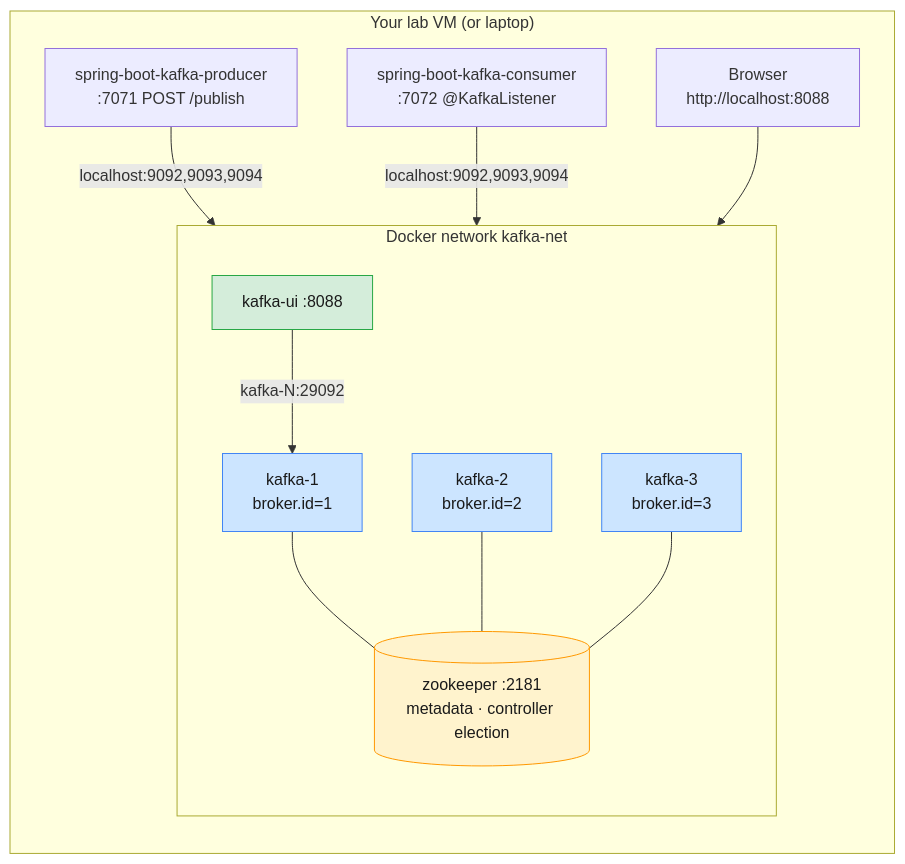
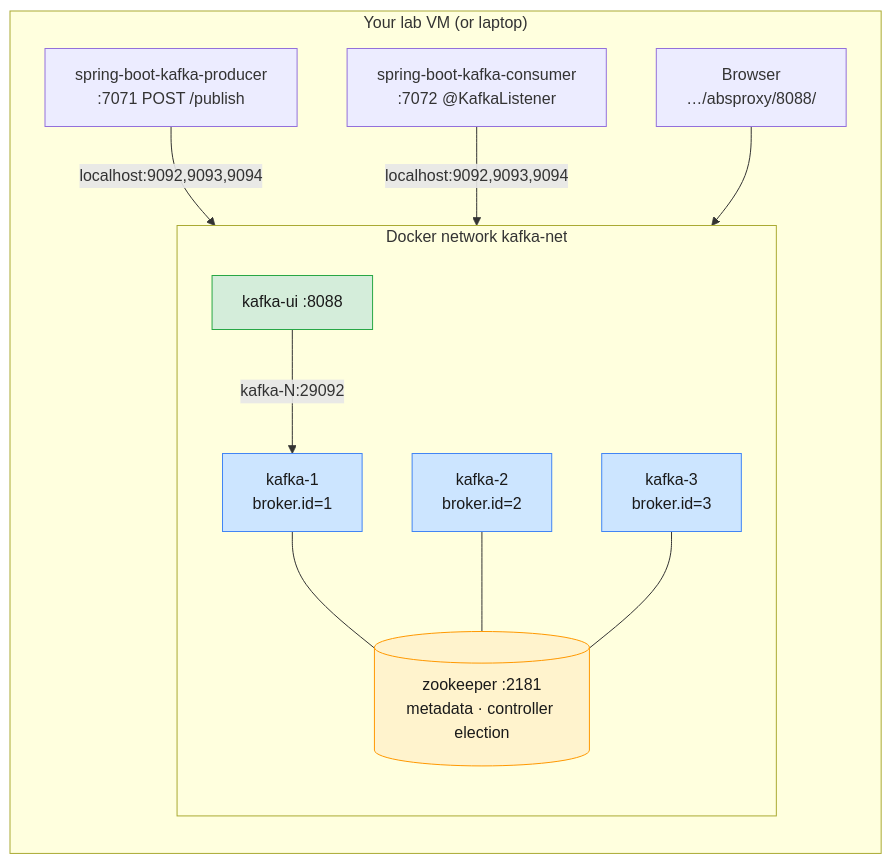
One commit to MIT-TRAINING/mobliy-kafka changed the diagram in labs/module-04/lab-04-zookeeper-cluster-spring-boot.md. Above: the diagram before and after it, drawn with Mermaid. The commit also changed other lines of this file and 2 other files, not shown here.

````diff
--- a/labs/module-04/lab-04-zookeeper-cluster-spring-boot.md
+++ b/labs/module-04/lab-04-zookeeper-cluster-spring-boot.md
@@ -57,29 +57,29 @@
 ```mermaid
 flowchart LR
     subgraph LAPTOP["Your lab VM (or laptop)"]
         direction TB
         P["spring-boot-kafka-producer<br/>:7071  POST /publish"]
         C["spring-boot-kafka-consumer<br/>:7072  @KafkaListener"]
-        B["Browser<br/>http://localhost:8088"]
+        B["Browser<br/>…/absproxy/8088/"]
         subgraph NET["Docker network kafka-net"]
             direction TB
             ZK[("zookeeper :2181<br/>metadata · controller election")]
             K1["kafka-1<br/>broker.id=1"]
             K2["kafka-2<br/>broker.id=2"]
             K3["kafka-3<br/>broker.id=3"]
             UI["kafka-ui :8088"]
             K1 --- ZK
             K2 --- ZK
             K3 --- ZK
             UI -->|kafka-N:29092| K1
         end
         P -->|localhost:9092,9093,9094| K1
         C -->|localhost:9092,9093,9094| K2
         B --> UI
     end
     style ZK fill:#fff3cd,stroke:#ff9800,stroke-width:1px,color:#1a1a1a
     style K1 fill:#cce5ff,stroke:#4285f4,stroke-width:1px,color:#1a1a1a
     style K2 fill:#cce5ff,stroke:#4285f4,stroke-width:1px,color:#1a1a1a
     style K3 fill:#cce5ff,stroke:#4285f4,stroke-width:1px,color:#1a1a1a
     style UI fill:#d4edda,stroke:#28a745,stroke-width:1px,color:#1a1a1a
 ```
````
